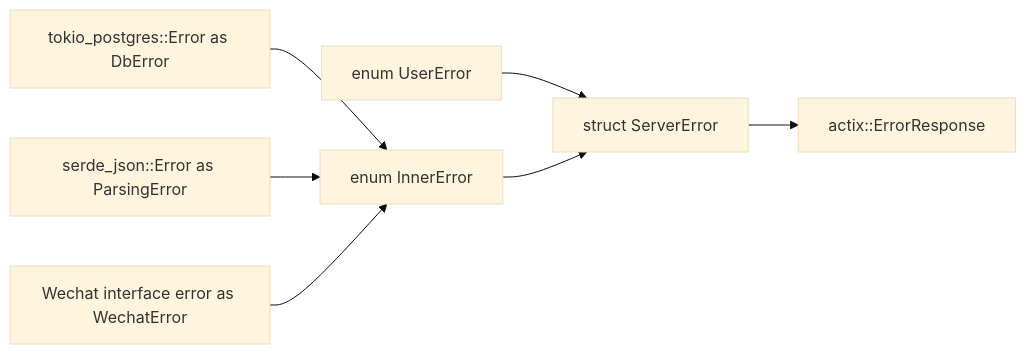
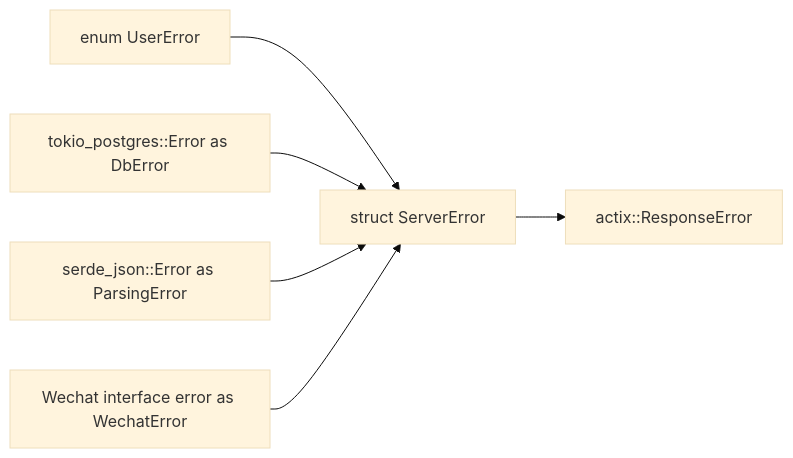
One commit to SIT-kite/kite-server changed the diagram in docs/错误处理.md. Above: the diagram before and after it, drawn with Mermaid (base theme). The commit also changed other lines of this file and 9 other files, not shown here.

````diff
--- a/docs/错误处理.md
+++ b/docs/错误处理.md
@@ -5,10 +5,9 @@
 ```mermaid
 graph LR
 A[enum UserError] --> B[struct ServerError]
-B --> C[actix::ErrorResponse]
-D[enum InnerError] --> B
-E[tokio_postgres::Error as DbError] --> D
-F[serde_json::Error as ParsingError] --> D
-G[Wechat interface error as WechatError] --> D
+B --> C[actix::ResponseError]
+E[tokio_postgres::Error as DbError] --> B
+F[serde_json::Error as ParsingError] --> B
+G[Wechat interface error as WechatError] --> B
 
 ```
````
